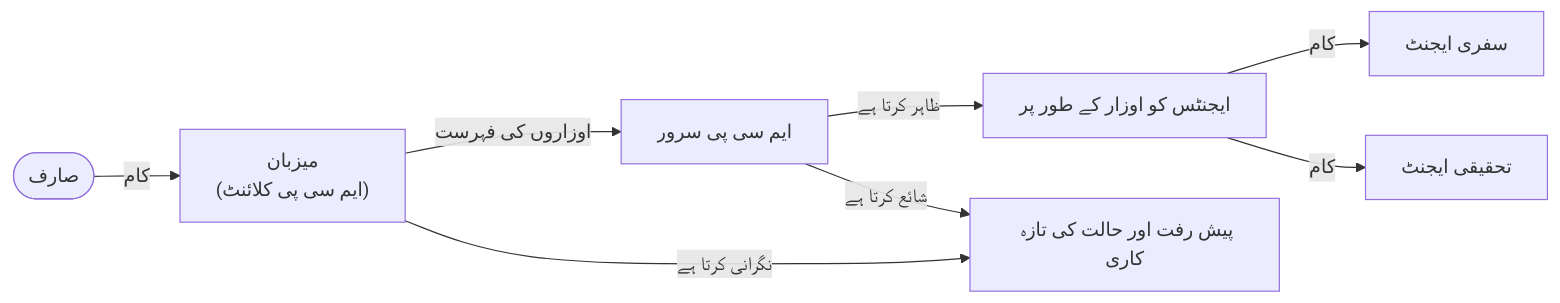
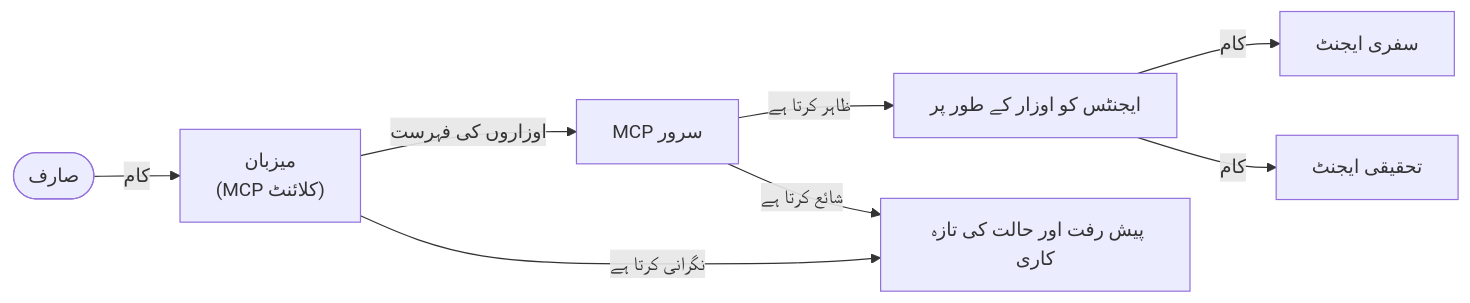
The fifth of 5 diagrams in mirrors/repos/microsoft@ai-agents-for-beginners/translations/ur/11-agentic-protocols/code_samples/mcp-agents/README.md (gabrielmoreira/agent-skills-mirror), drawn with Mermaid before and after one commit. The commit also changed other lines of this file and 4262 other files, not shown here.

````diff
--- a/mirrors/repos/microsoft@ai-agents-for-beginners/translations/ur/11-agentic-protocols/code_samples/mcp-agents/README.md
+++ b/mirrors/repos/microsoft@ai-agents-for-beginners/translations/ur/11-agentic-protocols/code_samples/mcp-agents/README.md
@@ -433,15 +448,15 @@
 ```mermaid
 graph LR
-    User([صارف]) -->|"کام"| Host["میزبان<br/>(ایم سی پی کلائنٹ)"]
-    Host -->|اوزاروں کی فہرست| Server[ایم سی پی سرور]
+    User([صارف]) -->|"کام"| Host["میزبان<br/>(MCP کلائنٹ)"]
+    Host -->|اوزاروں کی فہرست| Server[MCP سرور]
     Server -->|ظاہر کرتا ہے| AgentsTools[ایجنٹس کو اوزار کے طور پر]
     AgentsTools -->|کام| AgentA[سفری ایجنٹ]
     AgentsTools -->|کام| AgentB[تحقیقی ایجنٹ]
 
     Host -->|نگرانی کرتا ہے| StateUpdates[پیش رفت اور حالت کی تازہ کاری]
     Server -->|شائع کرتا ہے| StateUpdates
 
     class User user;
     class AgentA,AgentB agent;
     class Host,Server,StateUpdates core;
 ```
````
